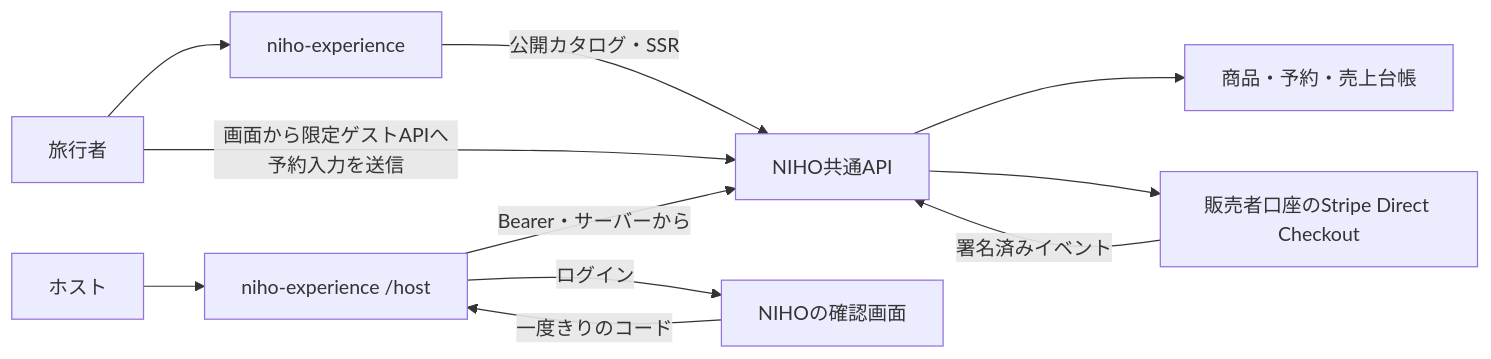
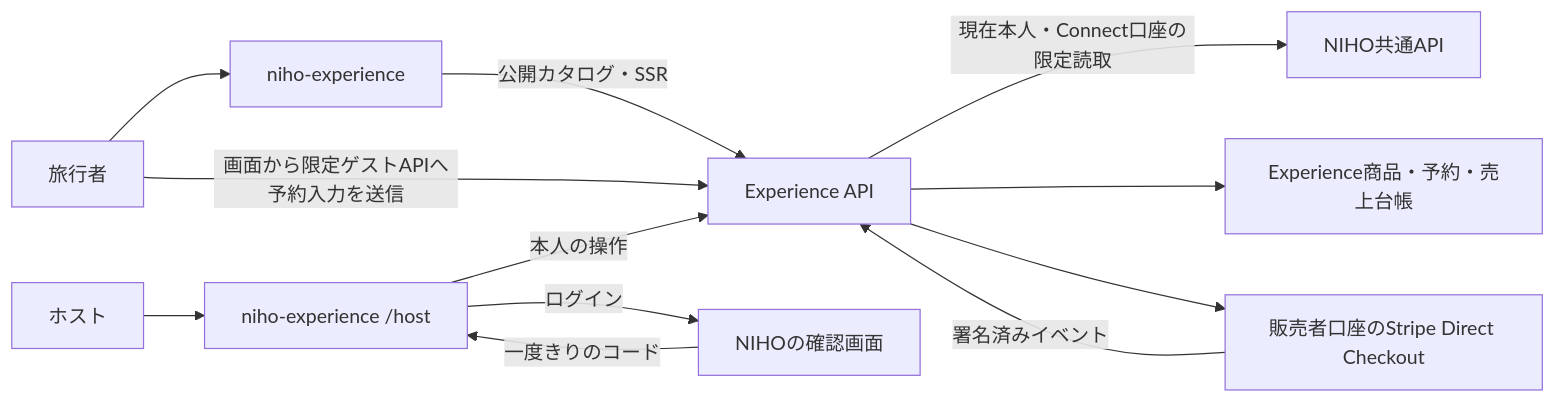
Before and after one commit to niho-life/niho-experience: the diagram in docs/architecture.md, drawn with Mermaid. The commit also changed other lines of this file and 4 other files, not shown here.

````diff
--- a/docs/architecture.md
+++ b/docs/architecture.md
@@ -20,13 +20,14 @@
 ```mermaid
 flowchart LR
   G[旅行者] --> W[niho-experience]
-  W -->|公開カタログ・SSR| API[NIHO共通API]
+  W -->|公開カタログ・SSR| API[Experience API]
   G -->|画面から限定ゲストAPIへ予約入力を送信| API
   H[ホスト] --> HC[niho-experience /host]
   HC -->|ログイン| N[NIHOの確認画面]
   N -->|一度きりのコード| HC
-  HC -->|Bearer・サーバーから| API
-  API --> DB[商品・予約・売上台帳]
+  HC -->|本人の操作| API
+  API -->|現在本人・Connect口座の限定読取| NAPI[NIHO共通API]
+  API --> DB[Experience商品・予約・売上台帳]
   API --> S[販売者口座のStripe Direct Checkout]
   S -->|署名済みイベント| API
 ```
````
